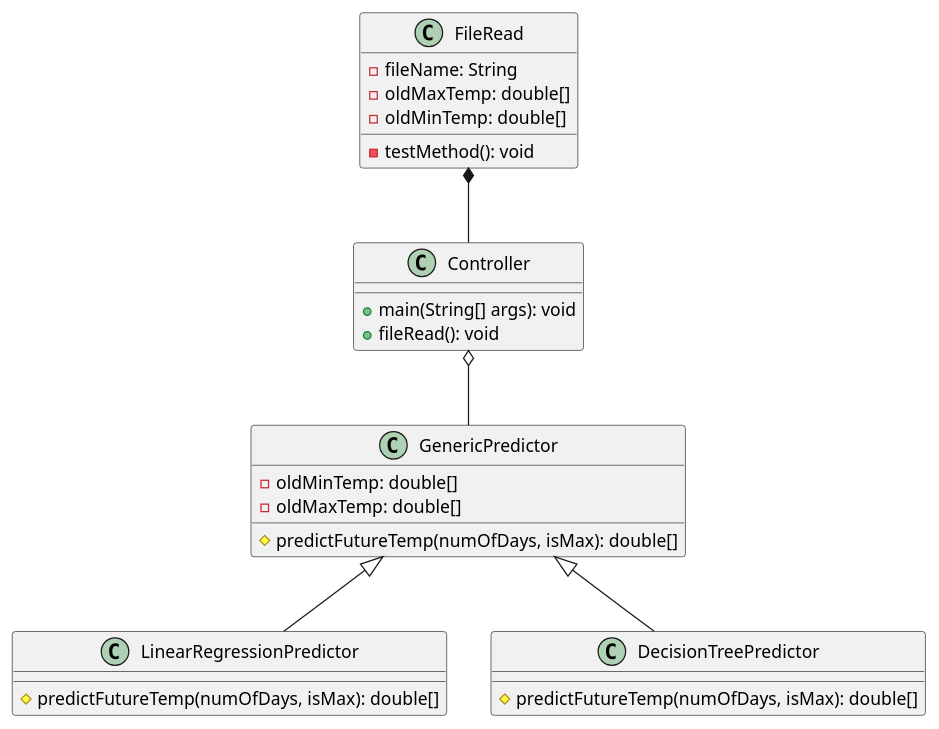
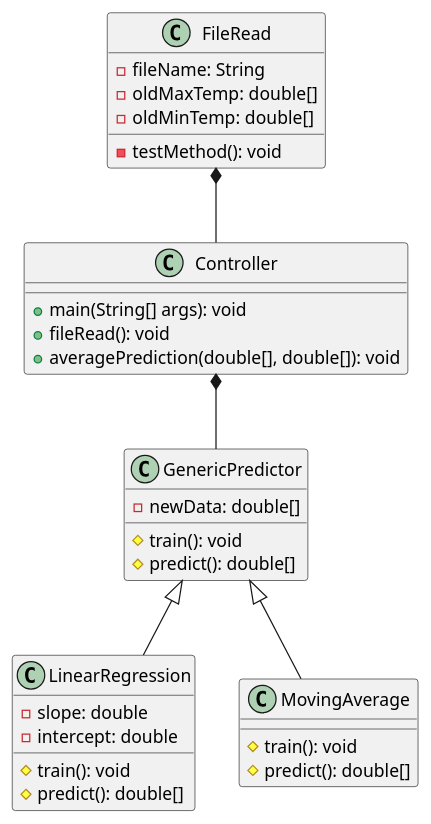
The diagram in Prediction.puml (skhinda7/WeatherPrediction), drawn with PlantUML before and after one commit. The commit also changed 13 other files, not shown here.

Commit message:
Added Moving Average

```diff
--- a/Prediction.puml
+++ b/Prediction.puml
@@ -1,32 +1,36 @@
 @startuml "Prediction Model"
 
 class Controller {
     +main(String[] args): void
     +fileRead(): void
+    +averagePrediction(double[], double[]): void
 }
 
 class GenericPredictor {
-    -oldMinTemp: double[]
-    -oldMaxTemp: double[]
-    #predictFutureTemp(numOfDays, isMax): double[]
+    -newData: double[]
+    #train(): void
+    #predict(): double[]
 }
 
-class LinearRegressionPredictor extends GenericPredictor {
-    #predictFutureTemp(numOfDays, isMax): double[]
+class LinearRegression extends GenericPredictor {
+    -slope: double
+    -intercept: double
+    #train(): void 
+    #predict(): double[]
 }
 
-class DecisionTreePredictor extends GenericPredictor {
-    #predictFutureTemp(numOfDays, isMax): double[]
+class MovingAverage extends GenericPredictor {
+    #train(): void 
+    #predict(): double[]
 }
-
 class FileRead {
     -fileName: String
     -oldMaxTemp: double[]
     -oldMinTemp: double[]
     -testMethod(): void
 }
 
 FileRead *-- Controller
-Controller o-- GenericPredictor
+Controller *-- GenericPredictor
 
 @enduml
```
